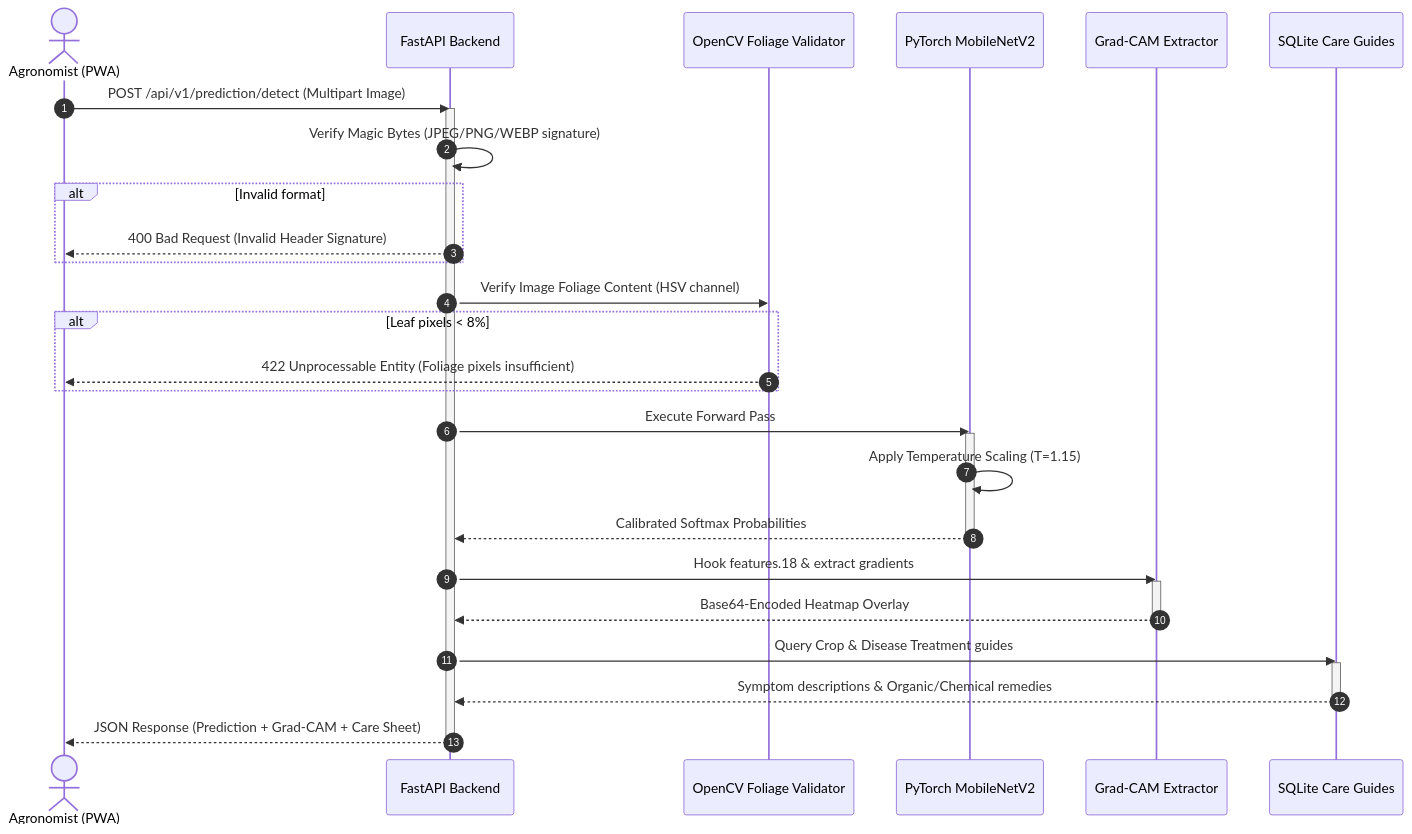
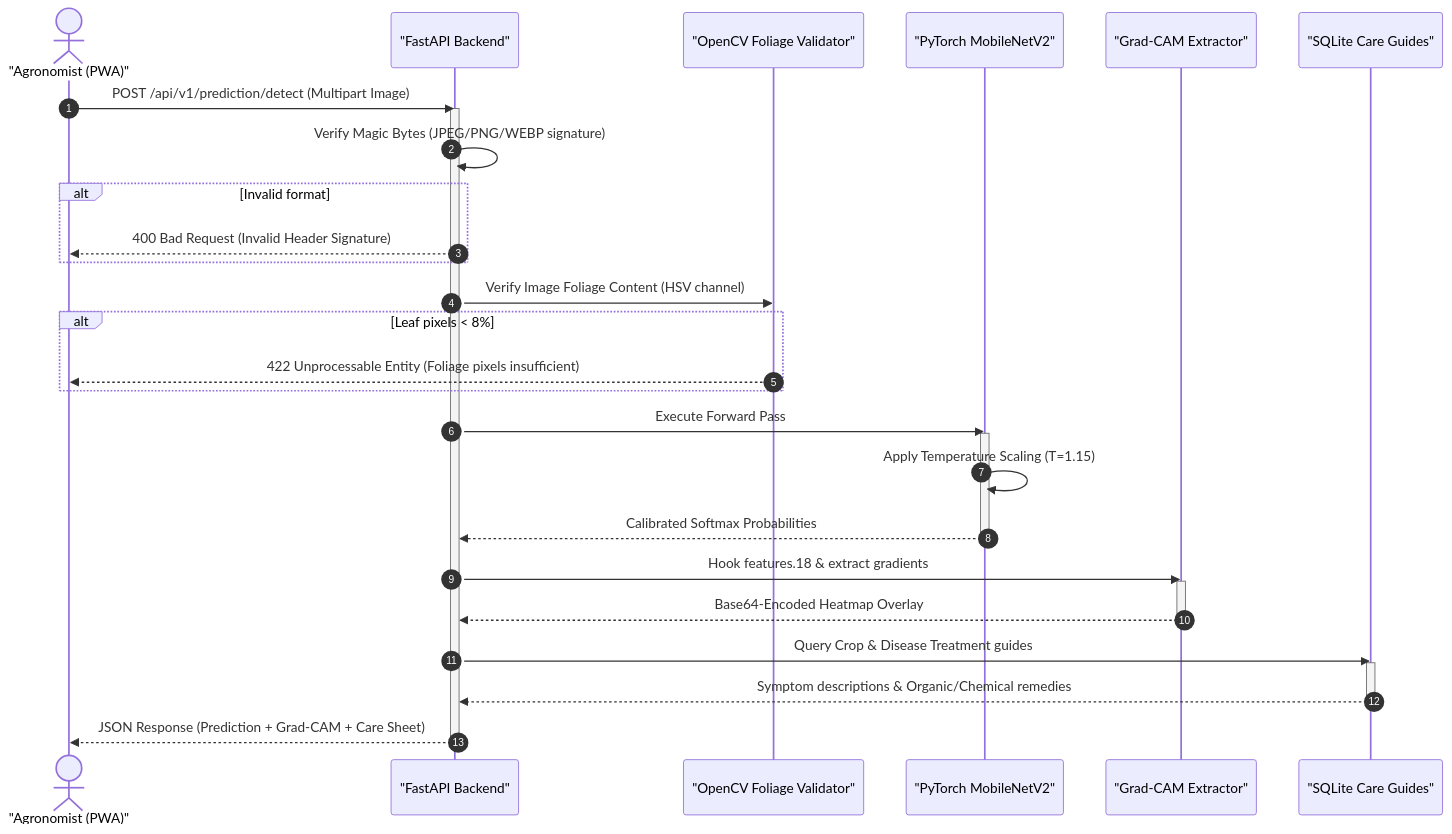
Before and after one commit to Rishisharma029/AgriVision: the second of 2 diagrams in README.md, drawn with Mermaid. The commit also changed other lines of this file and 2 other files, not shown here.

Commit message:
Configure MIT License, CONTRIBUTING guidelines, fix Mermaid syntax, and add Live Demo link to README

````diff
--- a/README.md
+++ b/README.md
@@ -110,41 +111,41 @@
 ```mermaid
 sequenceDiagram
     autonumber
-    actor User as Agronomist (PWA)
-    participant API as FastAPI Backend
-    participant HSV as OpenCV Foliage Validator
-    participant CNN as PyTorch MobileNetV2
-    participant GCAM as Grad-CAM Extractor
-    participant DB as SQLite Care Guides
+    actor User as "Agronomist (PWA)"
+    participant API as "FastAPI Backend"
+    participant HSV as "OpenCV Foliage Validator"
+    participant CNN as "PyTorch MobileNetV2"
+    participant GCAM as "Grad-CAM Extractor"
+    participant DB as "SQLite Care Guides"
 
     User->>API: POST /api/v1/prediction/detect (Multipart Image)
     activate API
     API->>API: Verify Magic Bytes (JPEG/PNG/WEBP signature)
     alt Invalid format
         API-->>User: 400 Bad Request (Invalid Header Signature)
     end
 
     API->>HSV: Verify Image Foliage Content (HSV channel)
     alt Leaf pixels < 8%
         HSV-->>User: 422 Unprocessable Entity (Foliage pixels insufficient)
     end
     
     API->>CNN: Execute Forward Pass
     activate CNN
     CNN->>CNN: Apply Temperature Scaling (T=1.15)
     CNN-->>API: Calibrated Softmax Probabilities
     deactivate CNN
 
     API->>GCAM: Hook features.18 & extract gradients
     activate GCAM
     GCAM-->>API: Base64-Encoded Heatmap Overlay
     deactivate GCAM
 
     API->>DB: Query Crop & Disease Treatment guides
     activate DB
     DB-->>API: Symptom descriptions & Organic/Chemical remedies
     deactivate DB
 
     API-->>User: JSON Response (Prediction + Grad-CAM + Care Sheet)
     deactivate API
 ```
````
